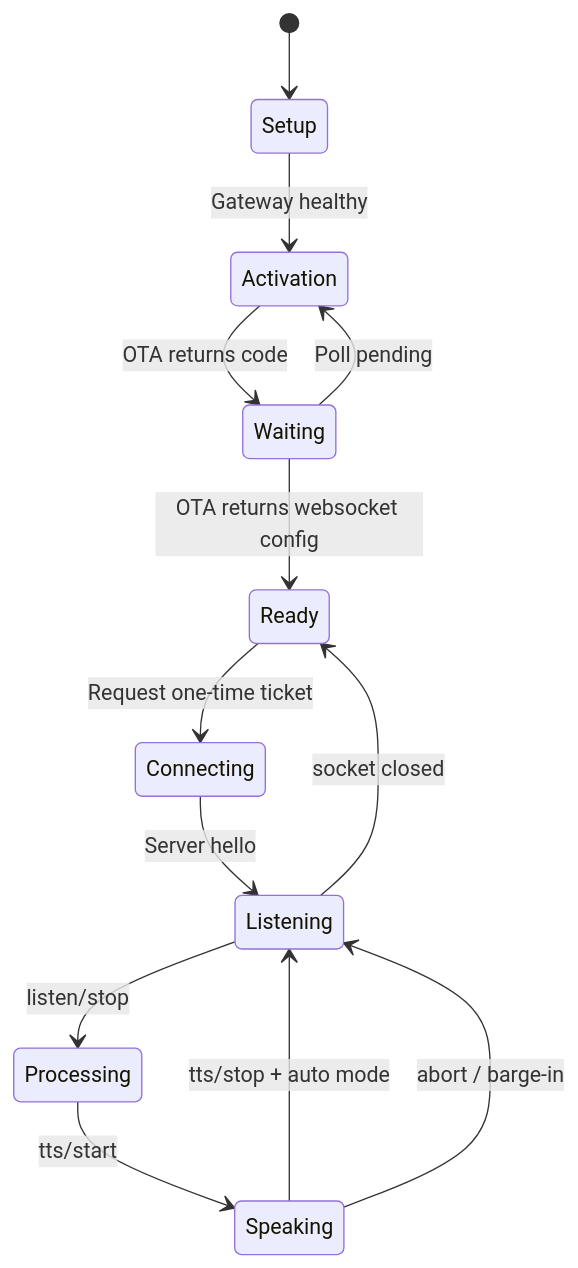
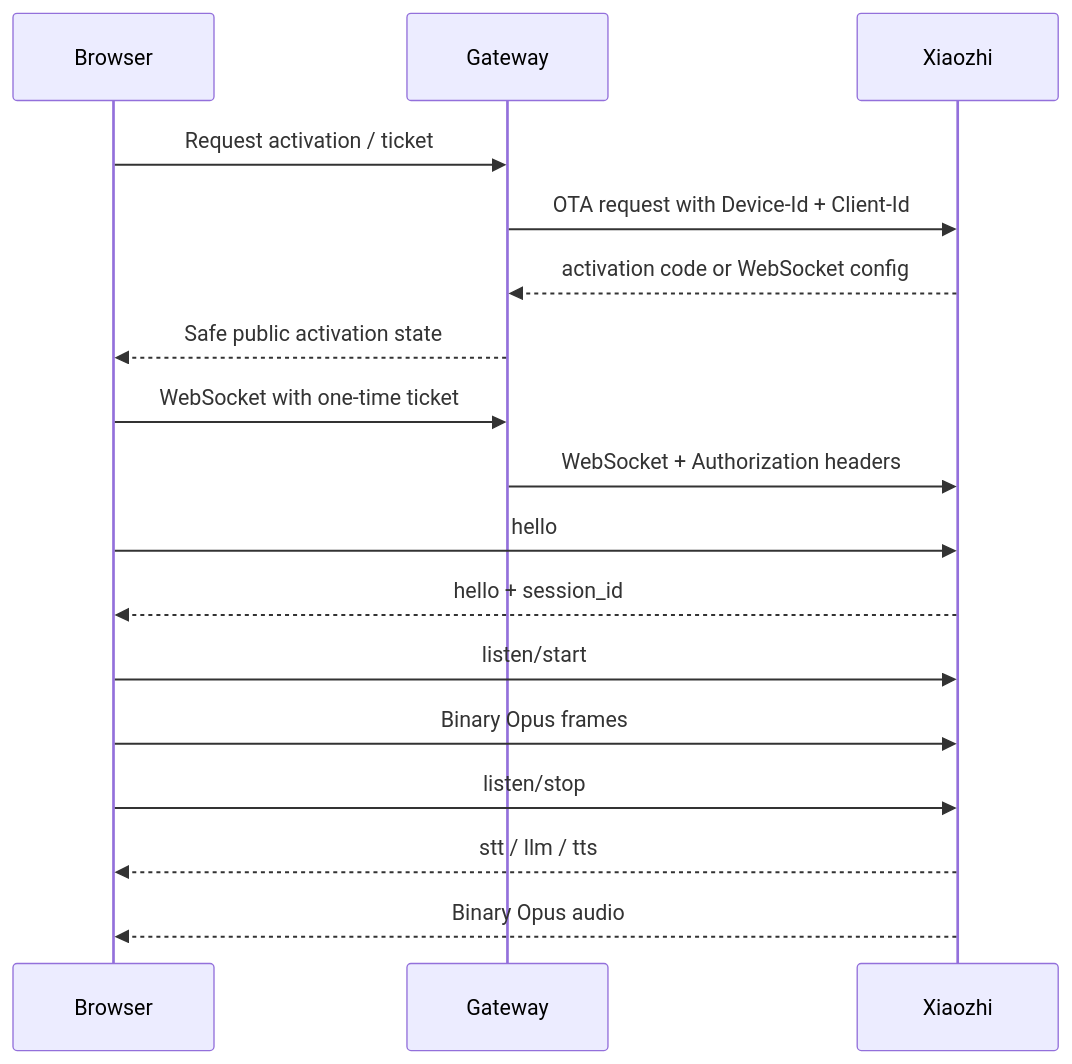
One commit to Base27-CVNSS/ViPocket-Xiaozhi changed the second of 2 diagrams in README.md. Above: the diagram before and after it, drawn with Mermaid. The commit also changed other lines of this file, not shown here.

````diff
--- a/README.md
+++ b/README.md
@@ -304,15 +185,20 @@
 ```mermaid
-stateDiagram-v2
-    [*] --> Setup
-    Setup --> Activation: Gateway healthy
-    Activation --> Waiting: OTA returns code
-    Waiting --> Activation: Poll pending
-    Waiting --> Ready: OTA returns websocket config
-    Ready --> Connecting: Request one-time ticket
-    Connecting --> Listening: Server hello
-    Listening --> Processing: listen/stop
-    Processing --> Speaking: tts/start
-    Speaking --> Listening: tts/stop + auto mode
-    Speaking --> Listening: abort / barge-in
-    Listening --> Ready: socket closed
+sequenceDiagram
+    participant B as Browser
+    participant G as Gateway
+    participant X as Xiaozhi
+
+    B->>G: Request activation / ticket
+    G->>X: OTA request with Device-Id + Client-Id
+    X-->>G: activation code or WebSocket config
+    G-->>B: Safe public activation state
+    B->>G: WebSocket with one-time ticket
+    G->>X: WebSocket + Authorization headers
+    B->>X: hello
+    X-->>B: hello + session_id
+    B->>X: listen/start
+    B->>X: Binary Opus frames
+    B->>X: listen/stop
+    X-->>B: stt / llm / tts
+    X-->>B: Binary Opus audio
 ```
````
